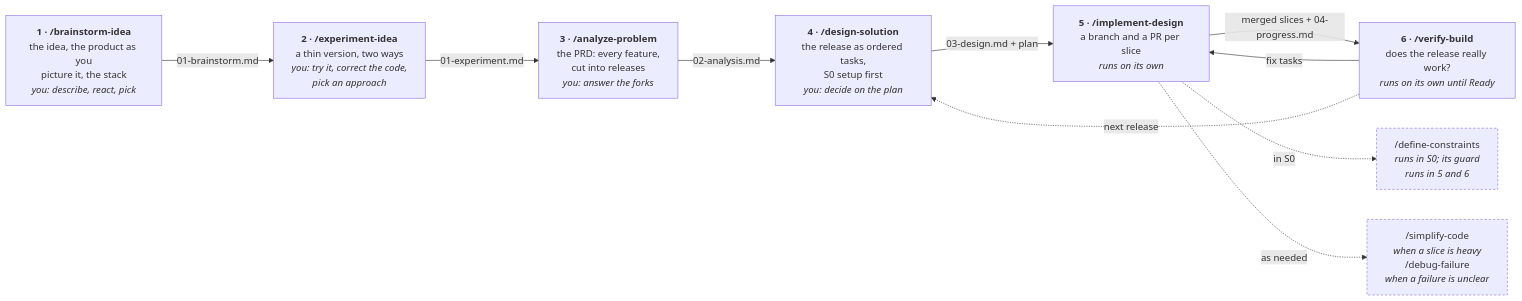
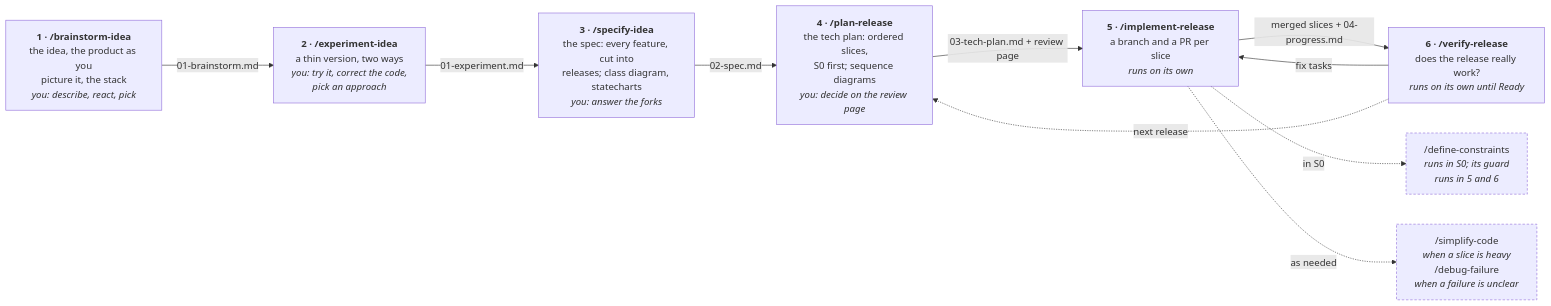
Before and after one commit to adrianhdezm/agent-skills: the first of 2 diagrams in README.md, drawn with Mermaid. The commit also changed other lines of this file and 28 other files, not shown here.

First line of the commit message:
feat(dev-setup): ✨ Specify the idea and plan the release, with UML diagrams

````diff
--- a/README.md
+++ b/README.md
@@ -64,26 +64,26 @@
 ```mermaid
 flowchart LR
     B["<b>1 · /brainstorm-idea</b><br/>the idea, the product as you<br/>picture it, the stack<br/><i>you: describe, react, pick</i>"]
     EX["<b>2 · /experiment-idea</b><br/>a thin version, two ways<br/><i>you: try it, correct the code,<br/>pick an approach</i>"]
-    A["<b>3 · /analyze-problem</b><br/>the PRD: every feature,<br/>cut into releases<br/><i>you: answer the forks</i>"]
-    D["<b>4 · /design-solution</b><br/>the release as ordered tasks,<br/>S0 setup first<br/><i>you: decide on the plan</i>"]
-    I["<b>5 · /implement-design</b><br/>a branch and a PR per slice<br/><i>runs on its own</i>"]
-    V["<b>6 · /verify-build</b><br/>does the release really work?<br/><i>runs on its own until Ready</i>"]
+    S["<b>3 · /specify-idea</b><br/>the spec: every feature, cut into<br/>releases; class diagram, statecharts<br/><i>you: answer the forks</i>"]
+    P["<b>4 · /plan-release</b><br/>the tech plan: ordered slices,<br/>S0 first; sequence diagrams<br/><i>you: decide on the review page</i>"]
+    I["<b>5 · /implement-release</b><br/>a branch and a PR per slice<br/><i>runs on its own</i>"]
+    V["<b>6 · /verify-release</b><br/>does the release really work?<br/><i>runs on its own until Ready</i>"]
 
     B -- "01-brainstorm.md" --> EX
-    EX -- "01-experiment.md" --> A
-    A -- "02-analysis.md" --> D
-    D -- "03-design.md + plan" --> I
+    EX -- "01-experiment.md" --> S
+    S -- "02-spec.md" --> P
+    P -- "03-tech-plan.md + review page" --> I
     I -- "merged slices + 04-progress.md" --> V
     V -- "fix tasks" --> I
-    V -. "next release" .-> D
+    V -. "next release" .-> P
 
     DC["/define-constraints<br/><i>runs in S0; its guard<br/>runs in 5 and 6</i>"]
     SD["/simplify-code<br/><i>when a slice is heavy</i><br/>/debug-failure<br/><i>when a failure is unclear</i>"]
 
     I -. "in S0" .-> DC
     I -. "as needed" .-> SD
 
     classDef support stroke-dasharray: 4 3
     class DC,SD support
 ```
````
